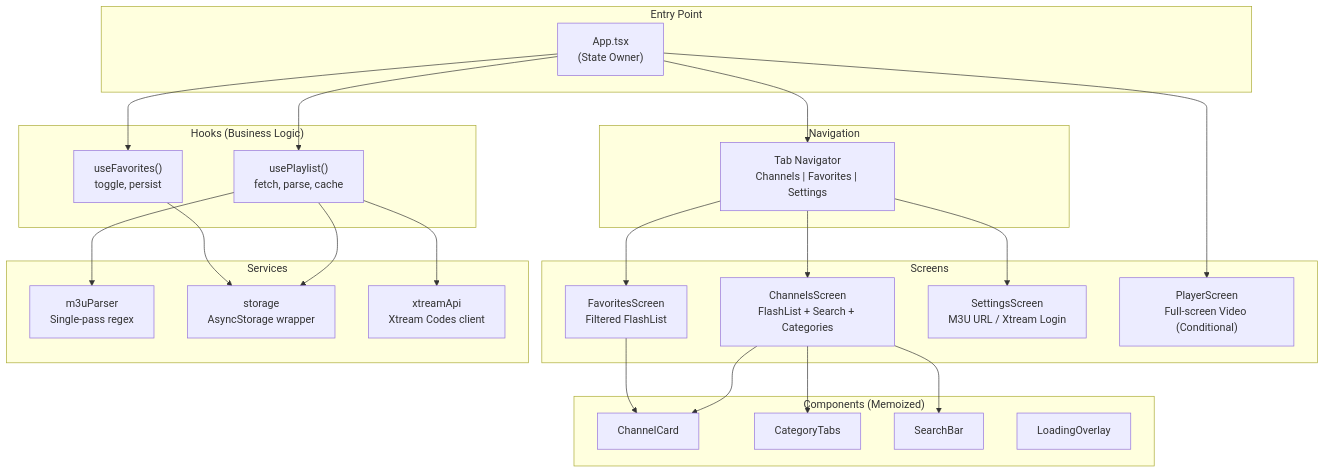
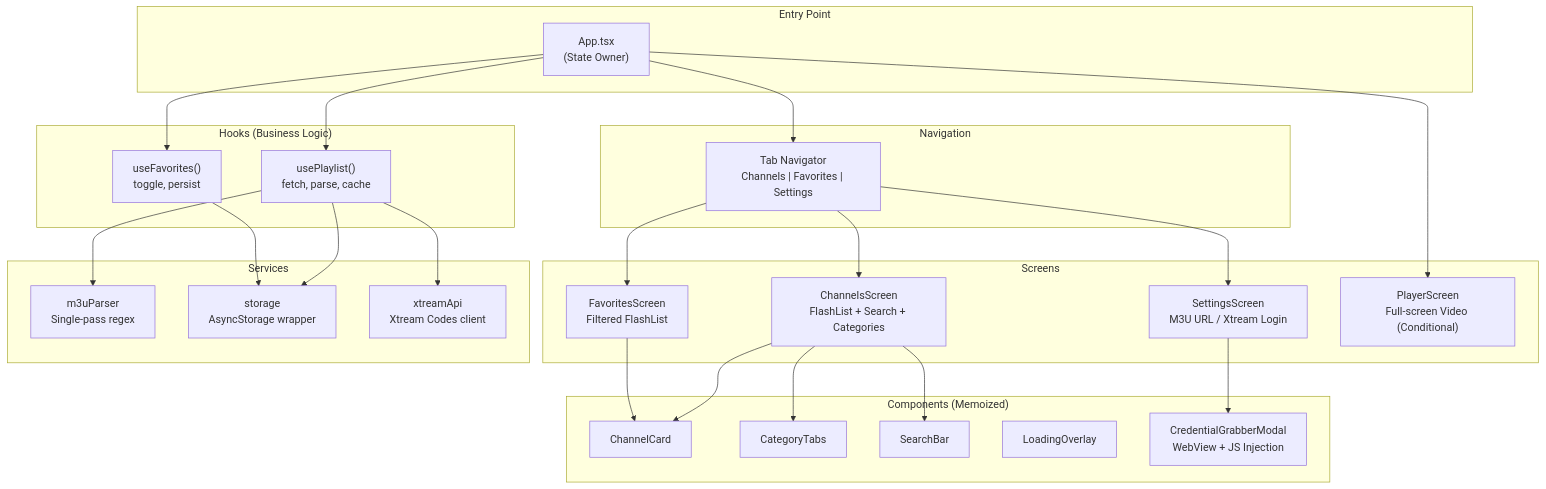
The diagram in FOR_ME.md (Khaja-s/iptv_player), drawn with Mermaid before and after one commit. The commit also changed other lines of this file and 14 other files, not shown here.

````diff
--- a/FOR_ME.md
+++ b/FOR_ME.md
@@ -17,51 +17,53 @@
 ```mermaid
 graph TB
     subgraph "Entry Point"
         A["App.tsx<br/>(State Owner)"]
     end
     
     subgraph "Hooks (Business Logic)"
         B["usePlaylist()<br/>fetch, parse, cache"]
         C["useFavorites()<br/>toggle, persist"]
     end
     
     subgraph "Navigation"
         D["Tab Navigator<br/>Channels | Favorites | Settings"]
     end
     
     subgraph "Screens"
         E["ChannelsScreen<br/>FlashList + Search + Categories"]
         F["FavoritesScreen<br/>Filtered FlashList"]
         G["SettingsScreen<br/>M3U URL / Xtream Login"]
         H["PlayerScreen<br/>Full-screen Video (Conditional)"]
     end
     
     subgraph "Components (Memoized)"
         I["ChannelCard"]
         J["CategoryTabs"]
         K["SearchBar"]
         L["LoadingOverlay"]
+        P["CredentialGrabberModal<br/>WebView + JS Injection"]
     end
     
     subgraph "Services"
         M["m3uParser<br/>Single-pass regex"]
         N["storage<br/>AsyncStorage wrapper"]
         O["xtreamApi<br/>Xtream Codes client"]
     end
     
     A --> B
     A --> C
     A --> D
     A --> H
     D --> E
     D --> F
     D --> G
     E --> I
     E --> J
     E --> K
     F --> I
+    G --> P
     B --> M
     B --> N
     B --> O
     C --> N
 ```
````
